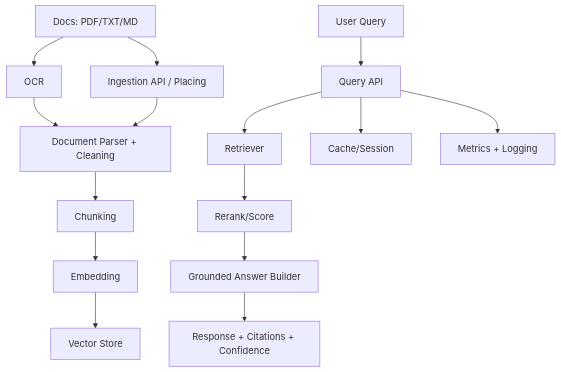
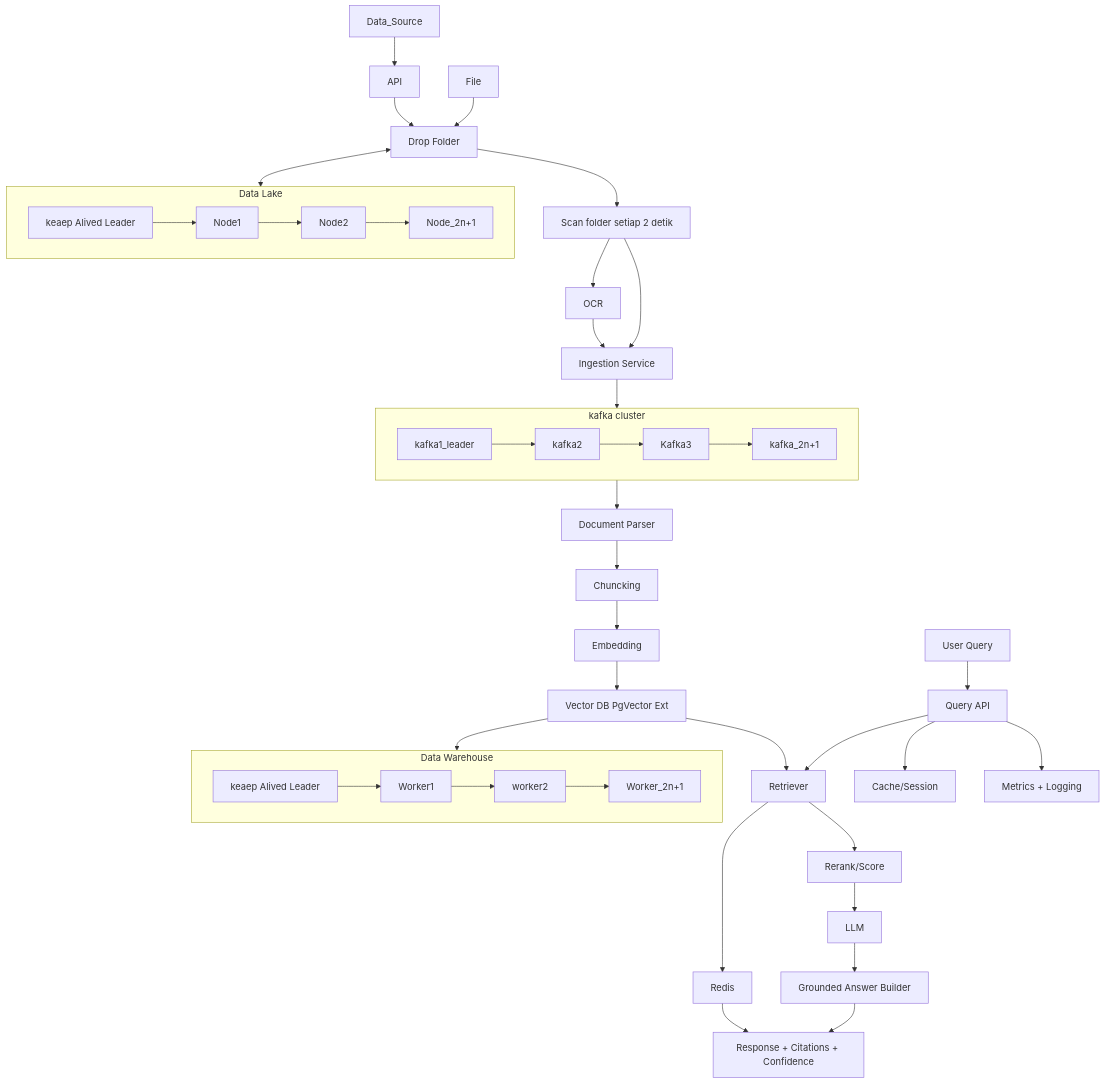
One commit to hamdiibnizhar/gsp_test changed the diagram in README.md. Above: the diagram before and after it, drawn with Mermaid.

Commit message:
add new commit

````diff
--- a/README.md
+++ b/README.md
@@ -11,18 +11,35 @@
 ```mermaid
 flowchart TD
-    Document[Docs: PDF/TXT/MD] --> Ingestion[Ingestion API / Placing]
-    Document --> OCR
-    OCR --> Doc_Parse
-    Ingestion --> Doc_Parse[Document Parser + Cleaning]
-    Doc_Parse --> Chunk[Chunking]
-    Chunk --> Embedding[Embedding]
-    Embedding --> Vector[Vector Store]
+    subgraph kafka_cluster["kafka cluster"]
+        kafka1_leader --> kafka2 -->Kafka3 --> kafka_2n+1
+    end
+    subgraph DWH["Data Warehouse"]
+        Broker_DWH["keaep Alived Leader"] --> Worker1 -->worker2 --> Worker_2n+1
+    end
+    subgraph DL["Data Lake"]
+        Broker_DL["keaep Alived Leader"] --> Node1 -->Node2 --> Node_2n+1
+    end
 
+    Data_Source --> API--> Drop[Drop Folder] <--> DL["Input folder"]
+    File --> Drop
+    Drop --> Scanner[Scan folder setiap 2 detik]
+    Scanner --> OCR --> Ingestion
+
+    Scanner --> Ingestion[Ingestion Service] --> kafka_cluster
+    kafka_cluster --> Doc_parse["Document Parser"]
+    Doc_parse --> Chuncking --> Embedding --> Vector[Vector DB PgVector Ext] --> DWH
+
+
+    Vector --> Retriever
+
+    Retriever --> cache[Redis]
+    cache --> Response
     Query[User Query] --> API_Layer[Query API]
     API_Layer --> Retriever[Retriever]
     Retriever --> Rerank[Rerank/Score]
-    Rerank --> Ans_Builder[Grounded Answer Builder]
+    Rerank --> LLM
+    LLM --> Ans_Builder[Grounded Answer Builder]
     Ans_Builder --> Response[Response + Citations + Confidence]
     API_Layer --> Cache[Cache/Session]
     API_Layer --> Metrics[Metrics + Logging]
 ```
````
